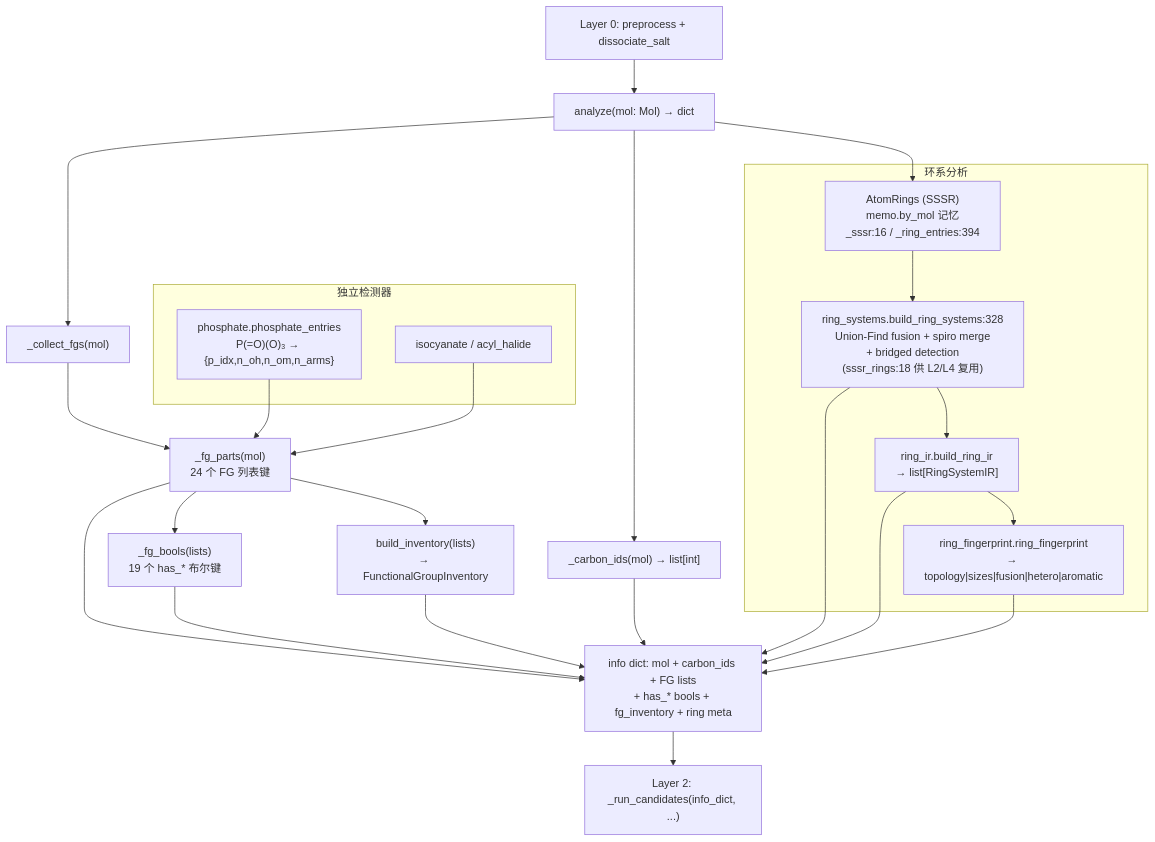
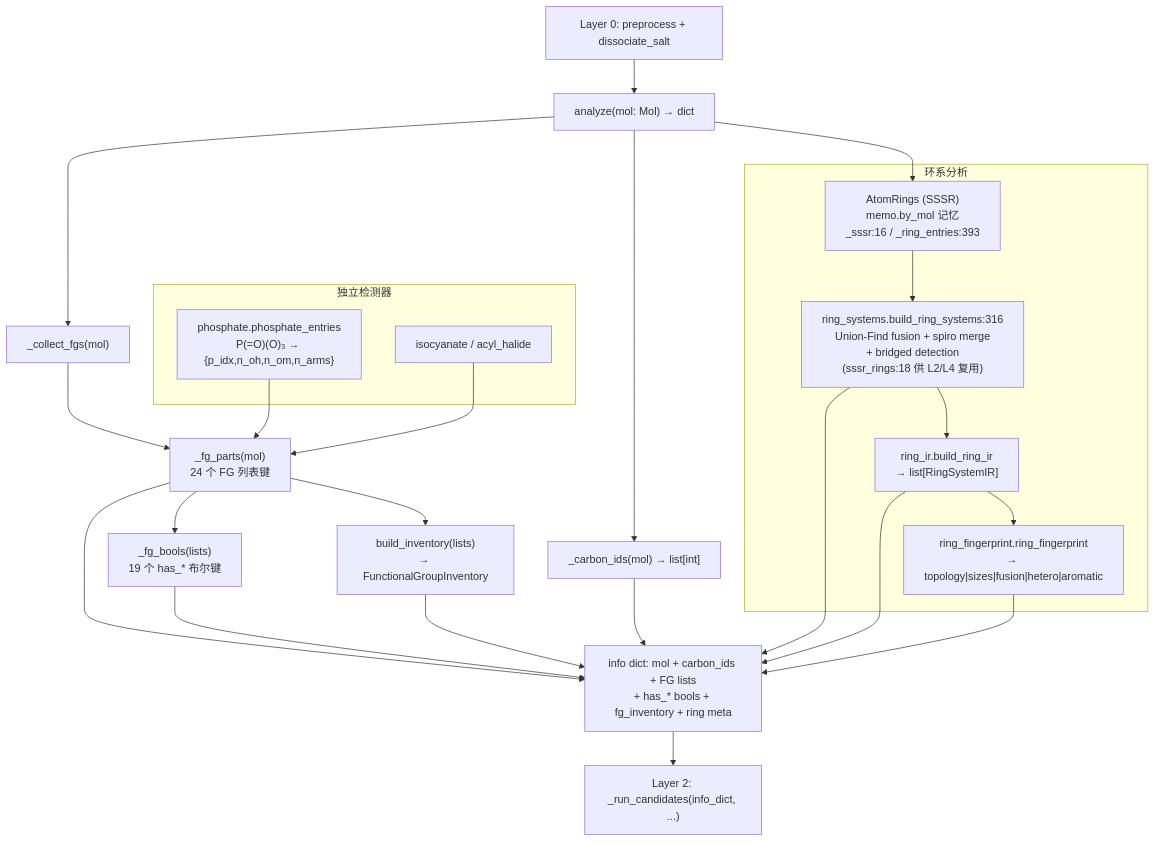
Before and after one commit to zouxiaofei1/OpenSMILES: the first of 2 diagrams in docs/wiki/architecture/layer1-analyzer.md, drawn with Mermaid. The commit also changed other lines of this file and 24 other files, not shown here.

````diff
--- a/docs/wiki/architecture/layer1-analyzer.md
+++ b/docs/wiki/architecture/layer1-analyzer.md
@@ -244,50 +246,50 @@
 ```mermaid
 flowchart TD
     L0["Layer 0: preprocess + dissociate_salt"]
     L1_ENTRY["analyze(mol: Mol) → dict"]
     CARBONS["_carbon_ids(mol) → list[int]"]
     FG_COLLECT["_collect_fgs(mol)"]
     FG_PARTS["_fg_parts(mol)<br/>24 个 FG 列表键"]
     FG_BOOLS["_fg_bools(lists)<br/>19 个 has_* 布尔键"]
     INV["build_inventory(lists)<br/>→ FunctionalGroupInventory"]
 
     subgraph DET["独立检测器"]
         PHOS["phosphate.phosphate_entries<br/>P(=O)(O)₃ → {p_idx,n_oh,n_om,n_arms}"]
         ISO["isocyanate / acyl_halide"]
     end
 
     subgraph RING["环系分析"]
-        SSSR["AtomRings (SSSR)<br/>memo.by_mol 记忆<br/>_sssr:16 / _ring_entries:394"]
-        RING_SYS["ring_systems.build_ring_systems:328<br/>Union-Find fusion + spiro merge<br/>+ bridged detection<br/>(sssr_rings:18 供 L2/L4 复用)"]
+        SSSR["AtomRings (SSSR)<br/>memo.by_mol 记忆<br/>_sssr:16 / _ring_entries:393"]
+        RING_SYS["ring_systems.build_ring_systems:316<br/>Union-Find fusion + spiro merge<br/>+ bridged detection<br/>(sssr_rings:18 供 L2/L4 复用)"]
         RING_IR["ring_ir.build_ring_ir<br/>→ list[RingSystemIR]"]
         RING_FP["ring_fingerprint.ring_fingerprint<br/>→ topology|sizes|fusion|hetero|aromatic"]
     end
 
     RESULT["info dict: mol + carbon_ids + FG lists<br/>+ has_* bools + fg_inventory + ring meta"]
     L2["Layer 2: _run_candidates(info_dict, ...)"]
 
     L0 --> L1_ENTRY
     L1_ENTRY --> CARBONS
     L1_ENTRY --> FG_COLLECT
     L1_ENTRY --> SSSR
 
     FG_COLLECT --> FG_PARTS
     PHOS --> FG_PARTS
     ISO --> FG_PARTS
     FG_PARTS --> FG_BOOLS
     FG_PARTS --> INV
 
     FG_PARTS --> RESULT
     FG_BOOLS --> RESULT
     INV --> RESULT
     CARBONS --> RESULT
 
     SSSR --> RING_SYS
     RING_SYS --> RING_IR
     RING_IR --> RING_FP
     RING_SYS --> RESULT
     RING_IR --> RESULT
     RING_FP --> RESULT
 
     RESULT --> L2
 ```
````
